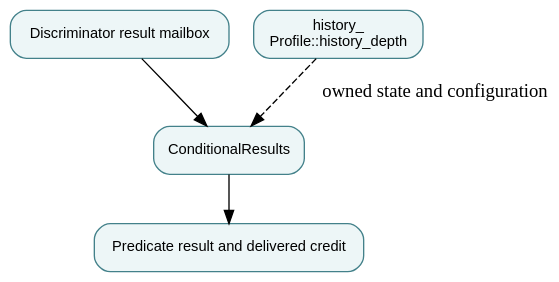
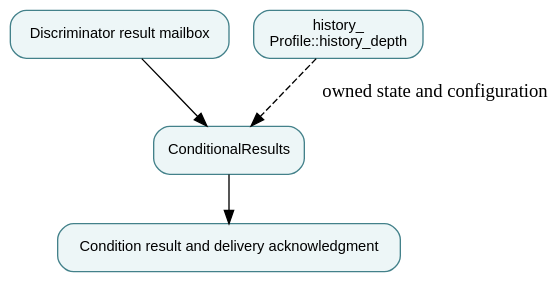
The diagram in docs/modules/conditional-results.md (qsbit-org/qsbit-sim), drawn with Graphviz before and after one commit. The commit also changed other lines of this file and 44 other files, not shown here.

````diff
--- a/docs/modules/conditional-results.md
+++ b/docs/modules/conditional-results.md
@@ -18,11 +14,11 @@
 ```{graphviz}
 digraph module {
   rankdir=TB; bgcolor="transparent";
   node [shape=box, style="rounded,filled", fillcolor="#edf6f7", color="#43818a", fontname="sans-serif", fontsize=11];
   input [label="Discriminator result mailbox"];
   owner [label="ConditionalResults"];
   state [label="history_\nProfile::history_depth"];
-  output [label="Predicate result and delivered credit"];
+  output [label="Condition result and delivery acknowledgment"];
   input -> owner; owner -> output; state -> owner [style=dashed, label="owned state and configuration"];
 }
 ```
````
